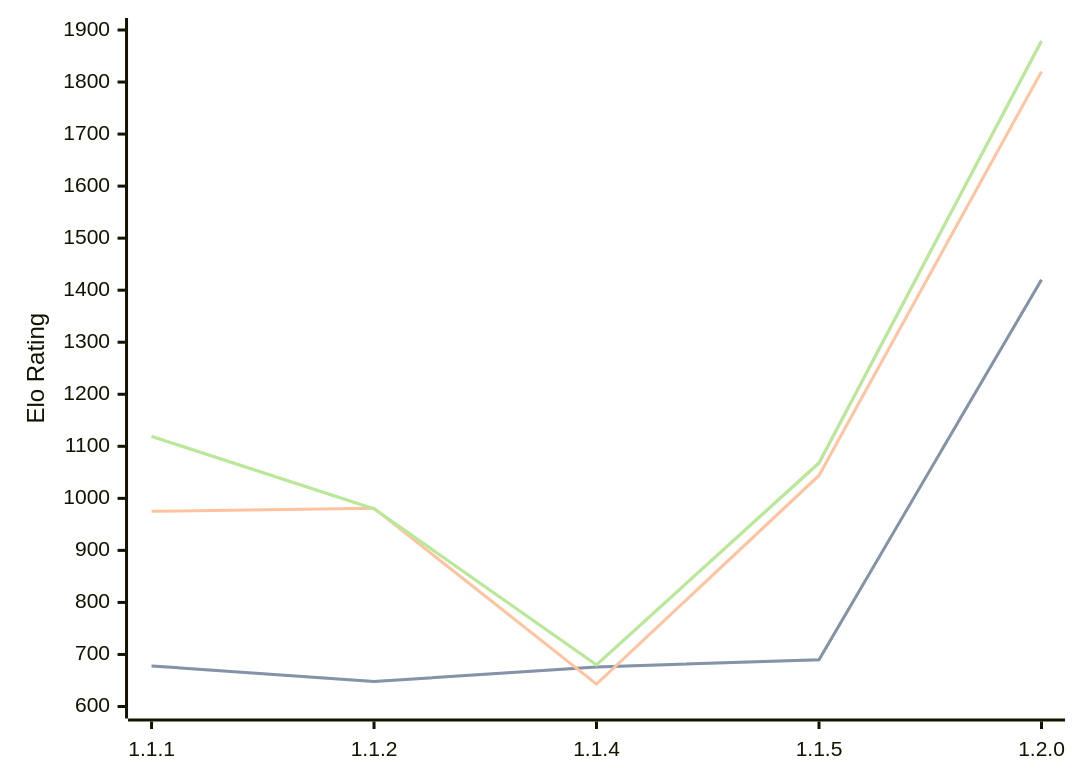
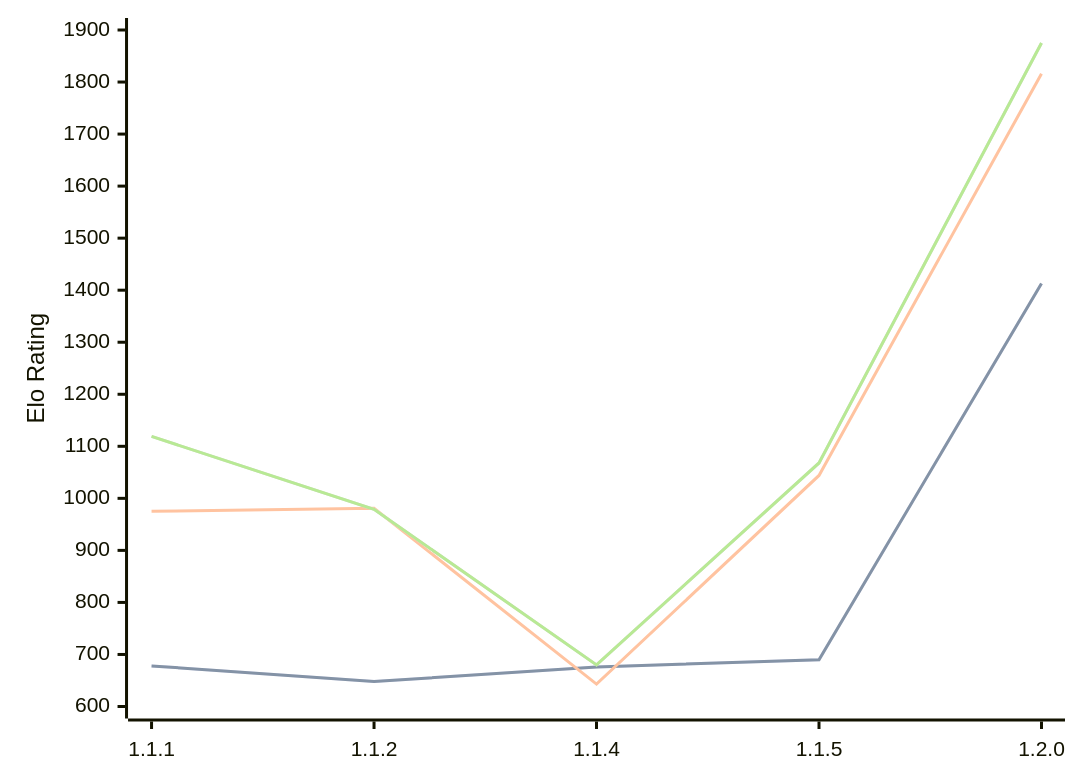
Before and after one commit to computer-chess-index/cci: the third of 3 diagrams in engines/ChessCore.md, drawn with Mermaid. The commit also changed other lines of this file, not shown here.

Commit message:
Update CCI Ratings (ELO VLTC) - 2026-07-14

````diff
--- a/engines/ChessCore.md
+++ b/engines/ChessCore.md
@@ -69,11 +69,11 @@
 ```mermaid
 %%{init: {"theme":"base","themeVariables":{"seriesColors:['#a3a3a3','#222221','#faa371']}}}%%
 xychart-beta
   x-axis ["1.1.1", "1.1.2", "1.1.4", "1.1.5", "1.2.0"]
   y-axis "Elo Rating" 600 --> 1900
-  line "STC (8.0+0.08s)" [678, 648, 676, 690, 1420]
-  line "STC (8.0+0.08s)" [678, 648, 676, 690, 1420]
-  line "LTC (60.0+0.60s)" [975, 981, 643, 1044, 1820]
-  line "VLTC (2m24s+1.12s)" [1119, 980, 680, 1068, 1879]
-  line "VLTC (2m24s+1.12s)" [1119, 980, 680, 1068, 1879]
+  line "STC (8.0+0.08s)" [678, 648, 676, 690, 1413]
+  line "STC (8.0+0.08s)" [678, 648, 676, 690, 1413]
+  line "LTC (60.0+0.60s)" [975, 981, 643, 1044, 1816]
+  line "VLTC (2m24s+1.12s)" [1119, 979, 680, 1068, 1875]
+  line "VLTC (2m24s+1.12s)" [1119, 979, 680, 1068, 1875]
 ```
````
